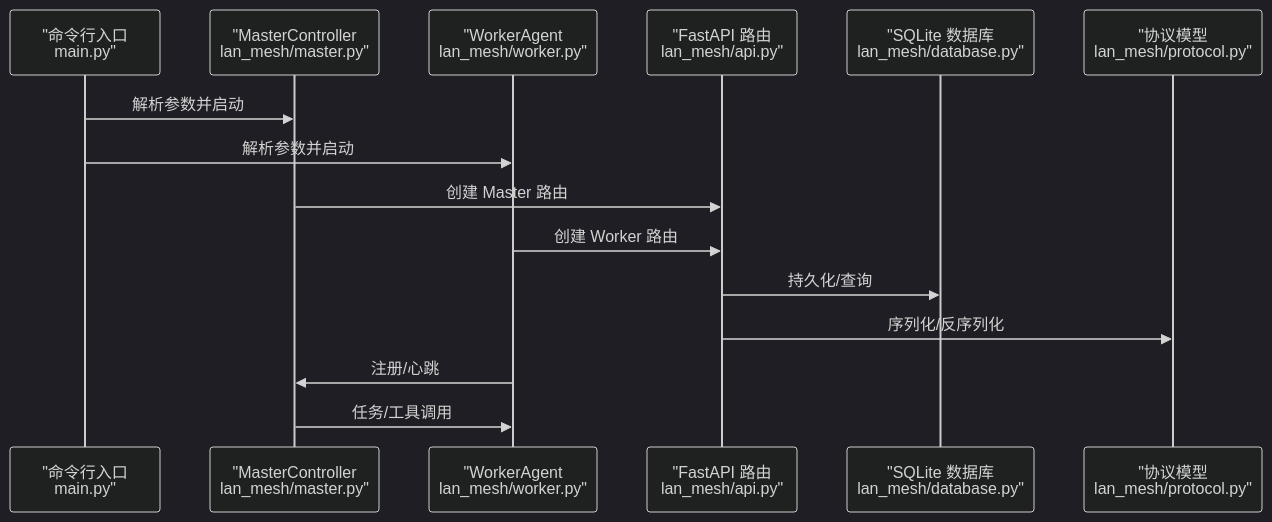
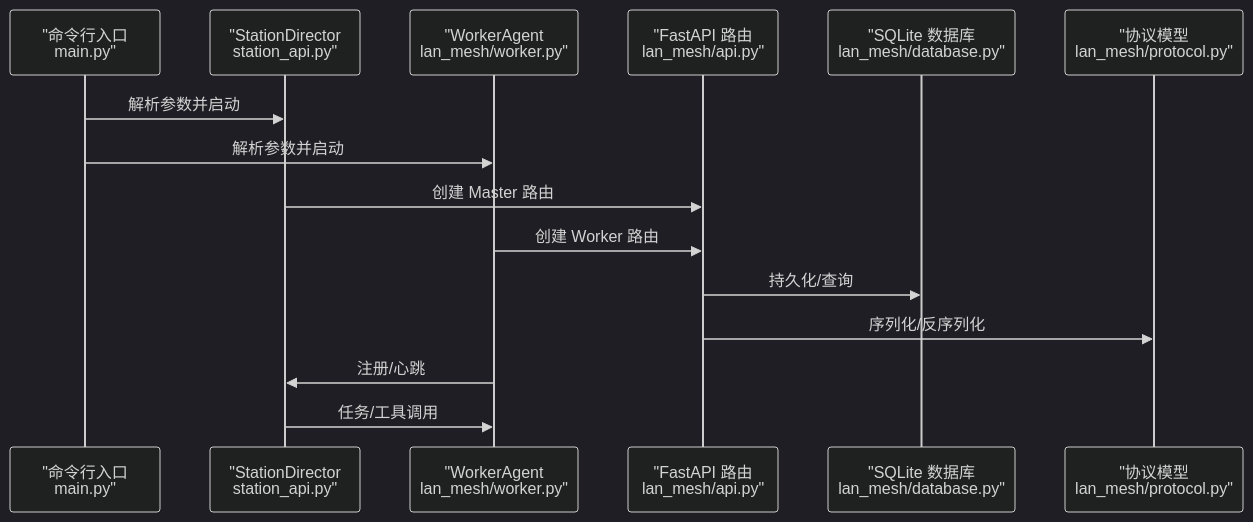
Before and after one commit to targalian/Personal-distributed-workstation: the second of 5 diagrams in .qoder/repowiki/zh/content/API 参考手册/API 参考手册.md, drawn with Mermaid (dark theme). The commit also changed other lines of this file and 63 other files, not shown here.

Commit message:
docs(station): 同步 repo wiki 至 station_controller/station_api 架构

````diff
--- a/.qoder/repowiki/zh/content/API 参考手册/API 参考手册.md
+++ b/.qoder/repowiki/zh/content/API 参考手册/API 参考手册.md
@@ -106,17 +106,17 @@
 ```mermaid
 sequenceDiagram
 participant CLI as "命令行入口<br/>main.py"
-participant Master as "MasterController<br/>lan_mesh/master.py"
+participant Master as "StationDirector<br/>station_api.py"
 participant Worker as "WorkerAgent<br/>lan_mesh/worker.py"
 participant API as "FastAPI 路由<br/>lan_mesh/api.py"
 participant DB as "SQLite 数据库<br/>lan_mesh/database.py"
 participant Proto as "协议模型<br/>lan_mesh/protocol.py"
 CLI->>Master : 解析参数并启动
 CLI->>Worker : 解析参数并启动
 Master->>API : 创建 Master 路由
 Worker->>API : 创建 Worker 路由
 API->>DB : 持久化/查询
 API->>Proto : 序列化/反序列化
 Worker->>Master : 注册/心跳
 Master->>Worker : 任务/工具调用
 ```
````
